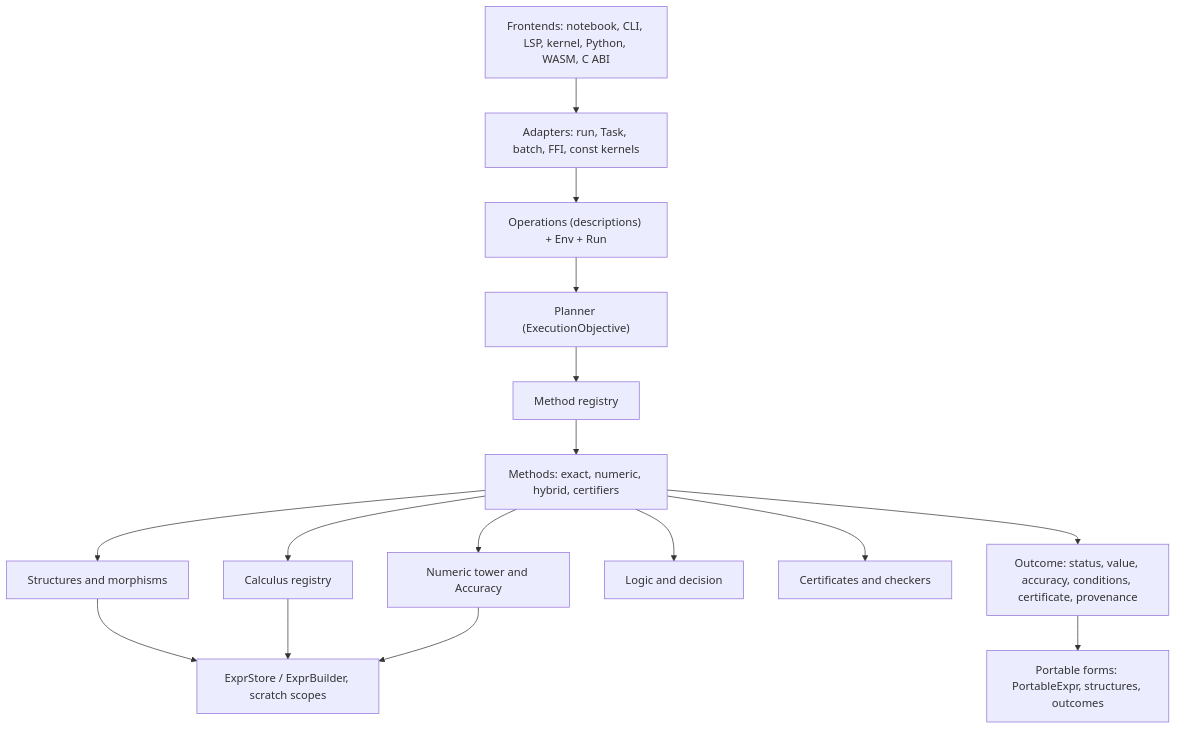
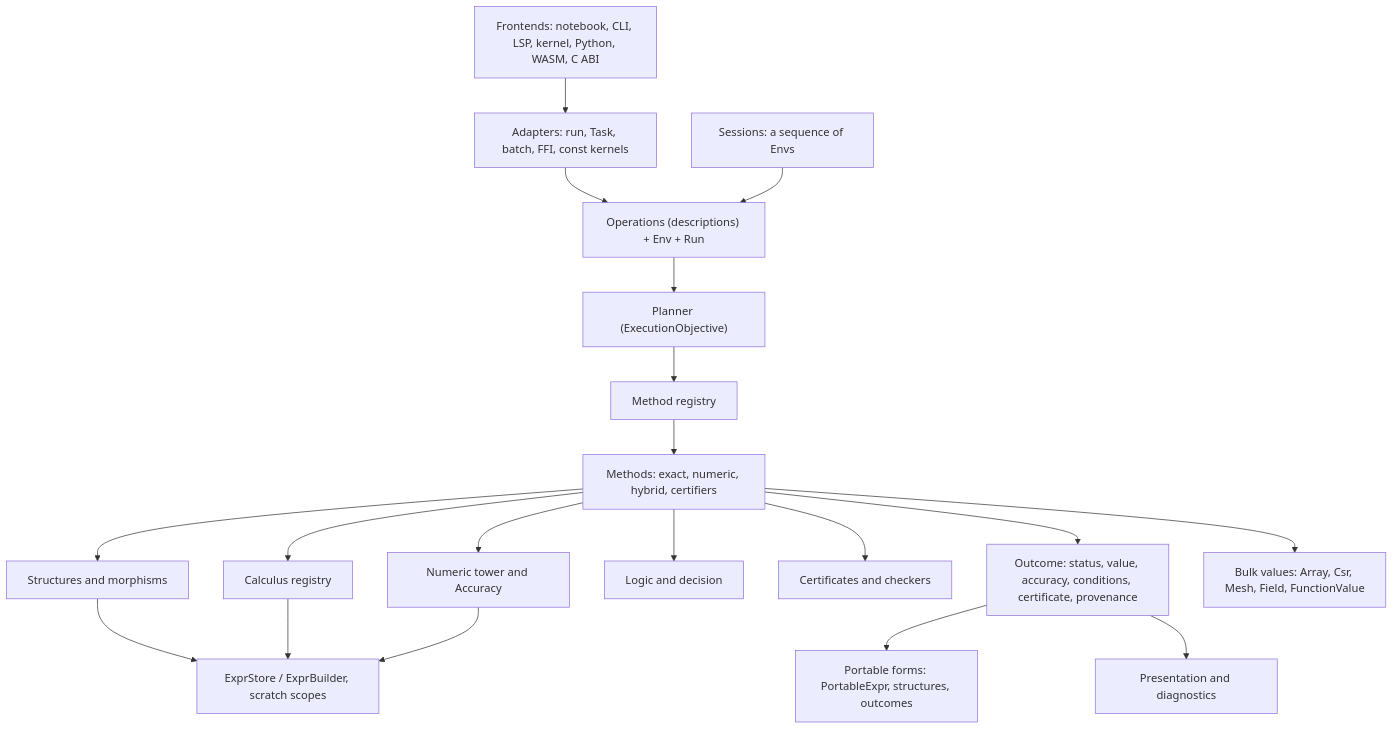
One commit to Spodeian/algebra-engine changed the second of 2 diagrams in docs/DESIGN.md. Above: the diagram before and after it, drawn with Mermaid. The commit also changed other lines of this file, not shown here.

````diff
--- a/docs/DESIGN.md
+++ b/docs/DESIGN.md
@@ -327,18 +346,21 @@
 ```mermaid
 graph TD
     fe["Frontends: notebook, CLI, LSP, kernel, Python, WASM, C ABI"] --> ad["Adapters: run, Task, batch, FFI, const kernels"]
     ad --> ops["Operations (descriptions) + Env + Run"]
     ops --> plan["Planner (ExecutionObjective)"]
     plan --> reg["Method registry"]
     reg --> m["Methods: exact, numeric, hybrid, certifiers"]
     m --> st["Structures and morphisms"]
     m --> calc["Calculus registry"]
     m --> num["Numeric tower and Accuracy"]
     st --> store["ExprStore / ExprBuilder, scratch scopes"]
     calc --> store
     num --> store
     m --> logic["Logic and decision"]
     m --> cert["Certificates and checkers"]
     m --> out["Outcome: status, value, accuracy, conditions, certificate, provenance"]
     out --> port["Portable forms: PortableExpr, structures, outcomes"]
+    out --> pres["Presentation and diagnostics"]
+    sess["Sessions: a sequence of Envs"] --> ops
+    m --> bulk["Bulk values: Array, Csr, Mesh, Field, FunctionValue"]
 ```
````
